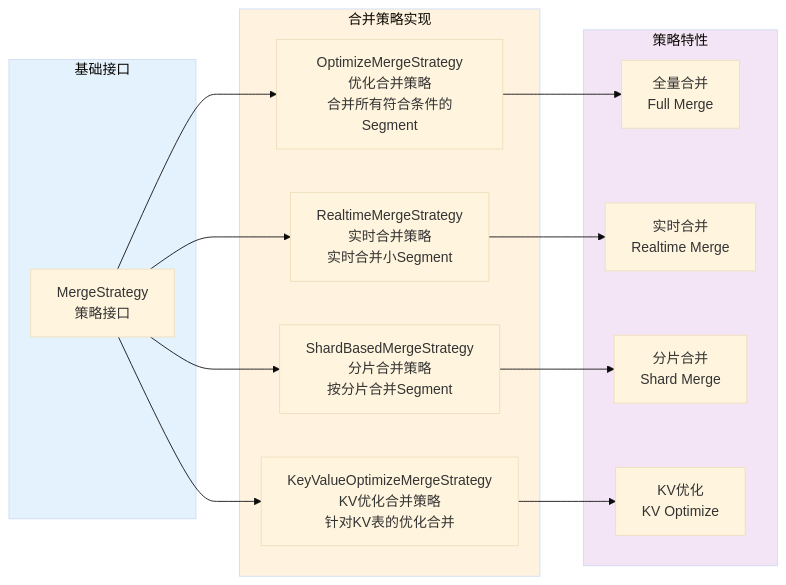
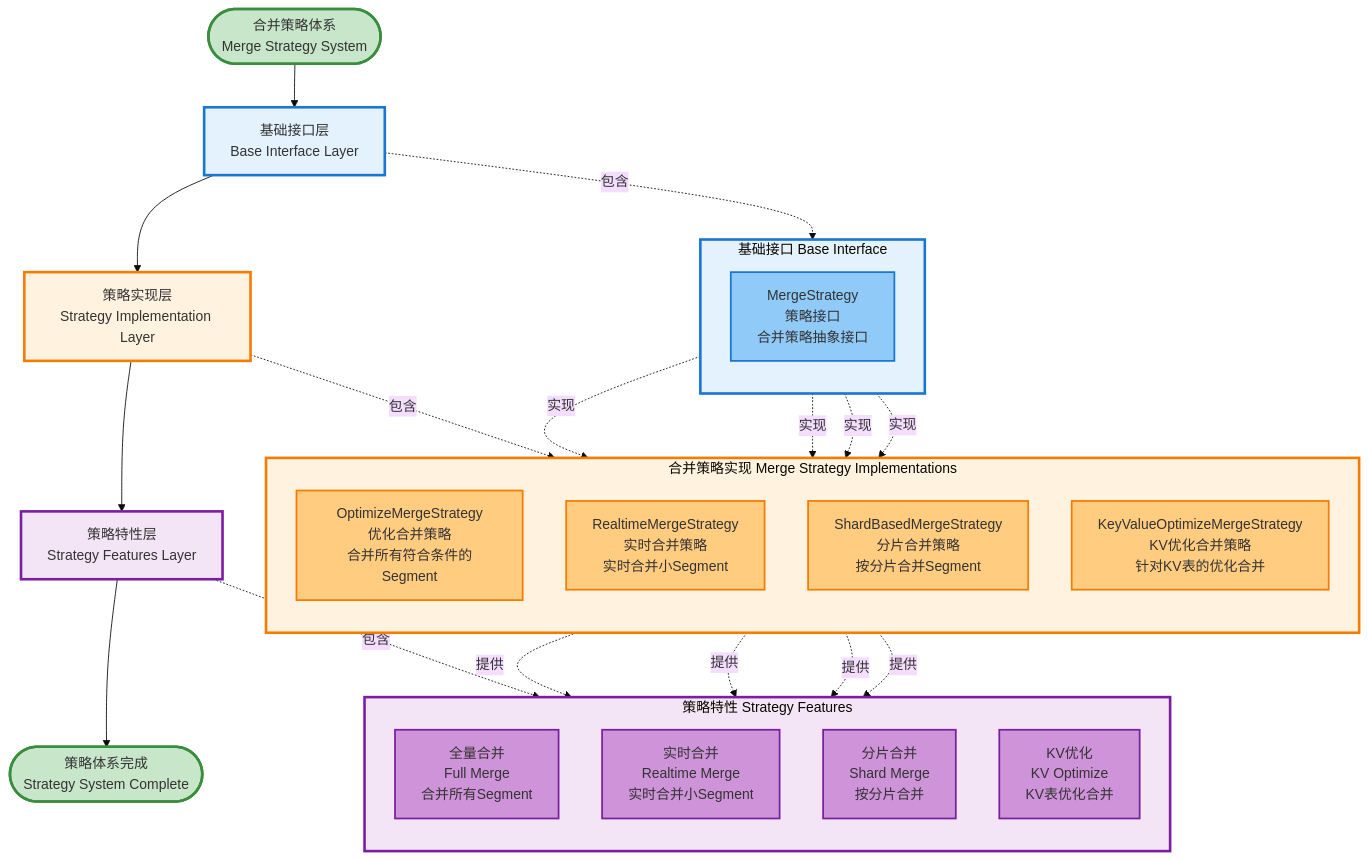
One commit to zhouzhilong-commits/zhouzhilong-commits.github.io changed the fifth of 20 diagrams in _posts/2025-06-29-indexlib-6-segment-merge.md. Above: the diagram before and after it, drawn with Mermaid (base theme). The commit also changed other lines of this file and 19 other files, not shown here.

````diff
--- a/_posts/2025-06-29-indexlib-6-segment-merge.md
+++ b/_posts/2025-06-29-indexlib-6-segment-merge.md
@@ -291,33 +332,62 @@
 ```mermaid
-flowchart LR
-    subgraph Base["基础接口"]
-        B1[MergeStrategy<br/>策略接口]
+flowchart TB
+    Start([合并策略体系<br/>Merge Strategy System]) --> BaseLayer[基础接口层<br/>Base Interface Layer]
+    
+    subgraph BaseGroup["基础接口 Base Interface"]
+        direction TB
+        B1[MergeStrategy<br/>策略接口<br/>合并策略抽象接口]
     end
     
-    subgraph Strategies["合并策略实现"]
+    BaseLayer --> StrategyLayer[策略实现层<br/>Strategy Implementation Layer]
+    
+    subgraph StrategyGroup["合并策略实现 Merge Strategy Implementations"]
+        direction TB
         S1[OptimizeMergeStrategy<br/>优化合并策略<br/>合并所有符合条件的Segment]
         S2[RealtimeMergeStrategy<br/>实时合并策略<br/>实时合并小Segment]
         S3[ShardBasedMergeStrategy<br/>分片合并策略<br/>按分片合并Segment]
         S4[KeyValueOptimizeMergeStrategy<br/>KV优化合并策略<br/>针对KV表的优化合并]
     end
     
-    subgraph Features["策略特性"]
-        F1[全量合并<br/>Full Merge]
-        F2[实时合并<br/>Realtime Merge]
-        F3[分片合并<br/>Shard Merge]
-        F4[KV优化<br/>KV Optimize]
+    StrategyLayer --> FeatureLayer[策略特性层<br/>Strategy Features Layer]
+    
+    subgraph FeatureGroup["策略特性 Strategy Features"]
+        direction TB
+        F1[全量合并<br/>Full Merge<br/>合并所有Segment]
+        F2[实时合并<br/>Realtime Merge<br/>实时合并小Segment]
+        F3[分片合并<br/>Shard Merge<br/>按分片合并]
+        F4[KV优化<br/>KV Optimize<br/>KV表优化合并]
     end
     
-    B1 --> S1
-    B1 --> S2
-    B1 --> S3
-    B1 --> S4
-    S1 --> F1
-    S2 --> F2
-    S3 --> F3
-    S4 --> F4
+    FeatureLayer --> End([策略体系完成<br/>Strategy System Complete])
     
-    style Base fill:#e3f2fd
-    style Strategies fill:#fff3e0
-    style Features fill:#f3e5f5
+    BaseLayer -.->|包含| BaseGroup
+    StrategyLayer -.->|包含| StrategyGroup
+    FeatureLayer -.->|包含| FeatureGroup
+    
+    B1 -.->|实现| S1
+    B1 -.->|实现| S2
+    B1 -.->|实现| S3
+    B1 -.->|实现| S4
+    S1 -.->|提供| F1
+    S2 -.->|提供| F2
+    S3 -.->|提供| F3
+    S4 -.->|提供| F4
+    
+    style Start fill:#c8e6c9,stroke:#388e3c,stroke-width:3px
+    style End fill:#c8e6c9,stroke:#388e3c,stroke-width:3px
+    style BaseLayer fill:#e3f2fd,stroke:#1976d2,stroke-width:3px
+    style StrategyLayer fill:#fff3e0,stroke:#f57c00,stroke-width:3px
+    style FeatureLayer fill:#f3e5f5,stroke:#7b1fa2,stroke-width:3px
+    style BaseGroup fill:#e3f2fd,stroke:#1976d2,stroke-width:3px
+    style B1 fill:#90caf9,stroke:#1976d2,stroke-width:2px
+    style StrategyGroup fill:#fff3e0,stroke:#f57c00,stroke-width:3px
+    style S1 fill:#ffcc80,stroke:#f57c00,stroke-width:2px
+    style S2 fill:#ffcc80,stroke:#f57c00,stroke-width:2px
+    style S3 fill:#ffcc80,stroke:#f57c00,stroke-width:2px
+    style S4 fill:#ffcc80,stroke:#f57c00,stroke-width:2px
+    style FeatureGroup fill:#f3e5f5,stroke:#7b1fa2,stroke-width:3px
+    style F1 fill:#ce93d8,stroke:#7b1fa2,stroke-width:2px
+    style F2 fill:#ce93d8,stroke:#7b1fa2,stroke-width:2px
+    style F3 fill:#ce93d8,stroke:#7b1fa2,stroke-width:2px
+    style F4 fill:#ce93d8,stroke:#7b1fa2,stroke-width:2px
 ```
````
